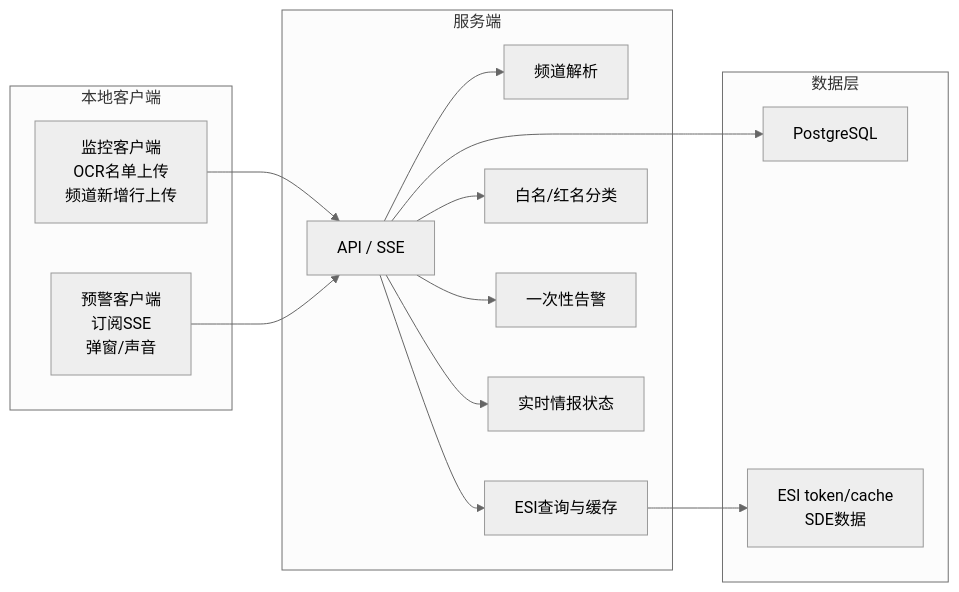
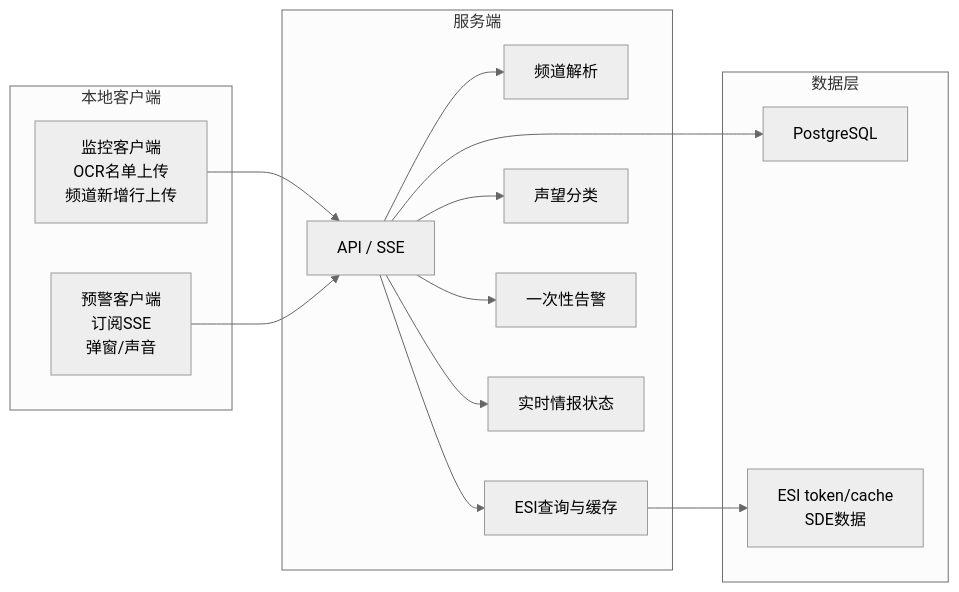
The first of 7 diagrams in docs/intel-workflows.md (xiaqijun/eve-sentry), drawn with Mermaid (neutral theme) before and after one commit. The commit also changed other lines of this file and 9 other files, not shown here.

````diff
--- a/docs/intel-workflows.md
+++ b/docs/intel-workflows.md
@@ -20,31 +22,31 @@
 ```mermaid
 flowchart LR
   subgraph Local["本地客户端"]
     Detector["监控客户端\nOCR名单上传\n频道新增行上传"]
     AlertClient["预警客户端\n订阅SSE\n弹窗/声音"]
   end
 
   subgraph Server["服务端"]
     API["API / SSE"]
     Parser["频道解析"]
     ESI["ESI查询与缓存"]
-    Classifier["白名/红名分类"]
+    Classifier["声望分类"]
     Alerts["一次性告警"]
     Active["实时情报状态"]
   end
 
   subgraph Data["数据层"]
     DB["PostgreSQL"]
     Runtime["ESI token/cache\nSDE数据"]
   end
 
   Detector --> API
   AlertClient --> API
   API --> Parser
   API --> ESI
   API --> Classifier
   API --> Alerts
   API --> Active
   API --> DB
   ESI --> Runtime
 ```
````
